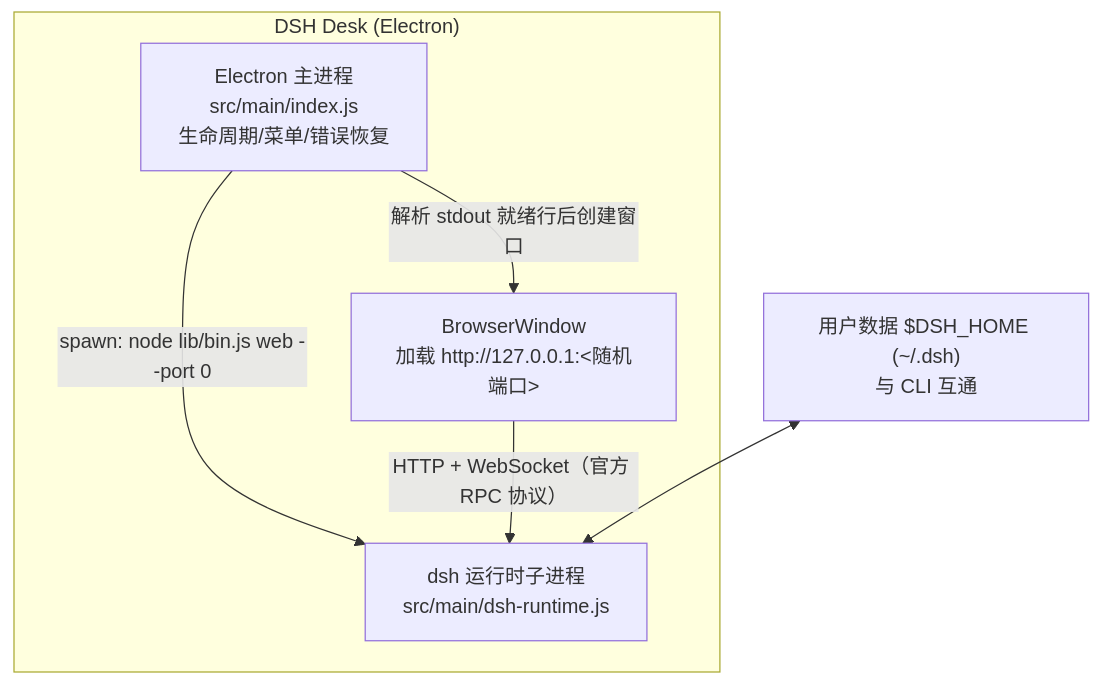
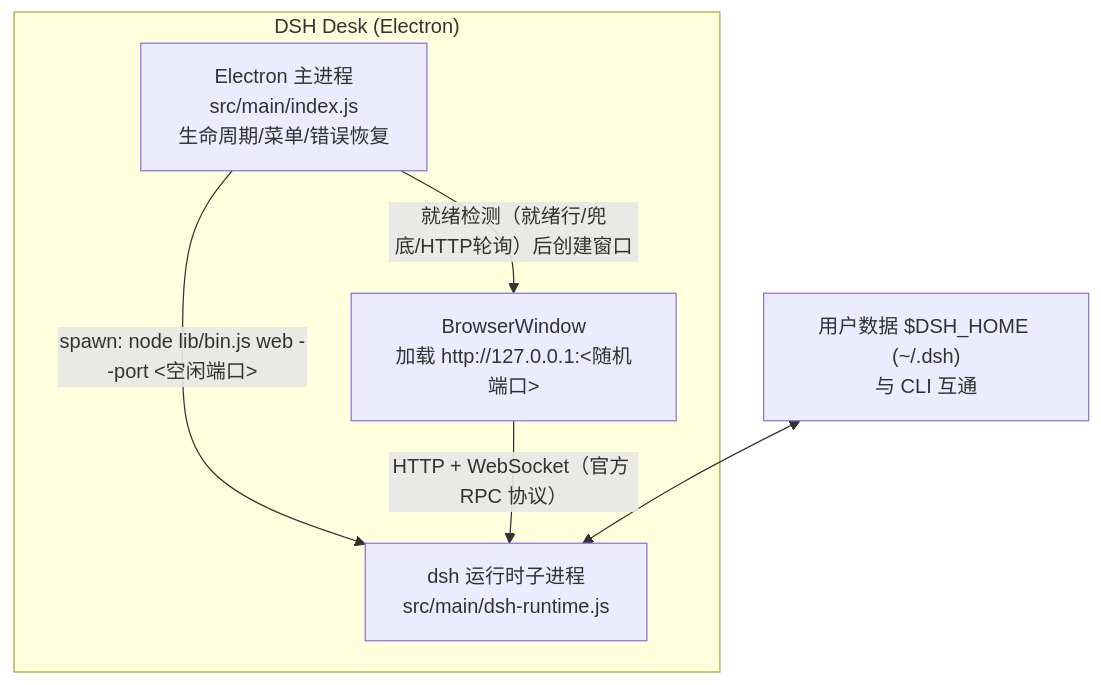
The diagram in README.md (volcanicll/dsh-desk), drawn with Mermaid before and after one commit. The commit also changed other lines of this file and 7 other files, not shown here.

````diff
--- a/README.md
+++ b/README.md
@@ -25,12 +25,12 @@
 ```mermaid
 flowchart TB
     subgraph "DSH Desk (Electron)"
         Main["Electron 主进程<br/>src/main/index.js<br/>生命周期/菜单/错误恢复"]
         Runtime["dsh 运行时子进程<br/>src/main/dsh-runtime.js"]
         Win["BrowserWindow<br/>加载 http://127.0.0.1:&lt;随机端口&gt;"]
-        Main -- "spawn: node lib/bin.js web --port 0" --> Runtime
-        Main -- "解析 stdout 就绪行后创建窗口" --> Win
+        Main -- "spawn: node lib/bin.js web --port <空闲端口>" --> Runtime
+        Main -- "就绪检测（就绪行/兜底/HTTP轮询）后创建窗口" --> Win
         Win -- "HTTP + WebSocket（官方 RPC 协议）" --> Runtime
     end
     Data["用户数据 $DSH_HOME (~/.dsh)<br/>与 CLI 互通"] <--> Runtime
 ```
````
